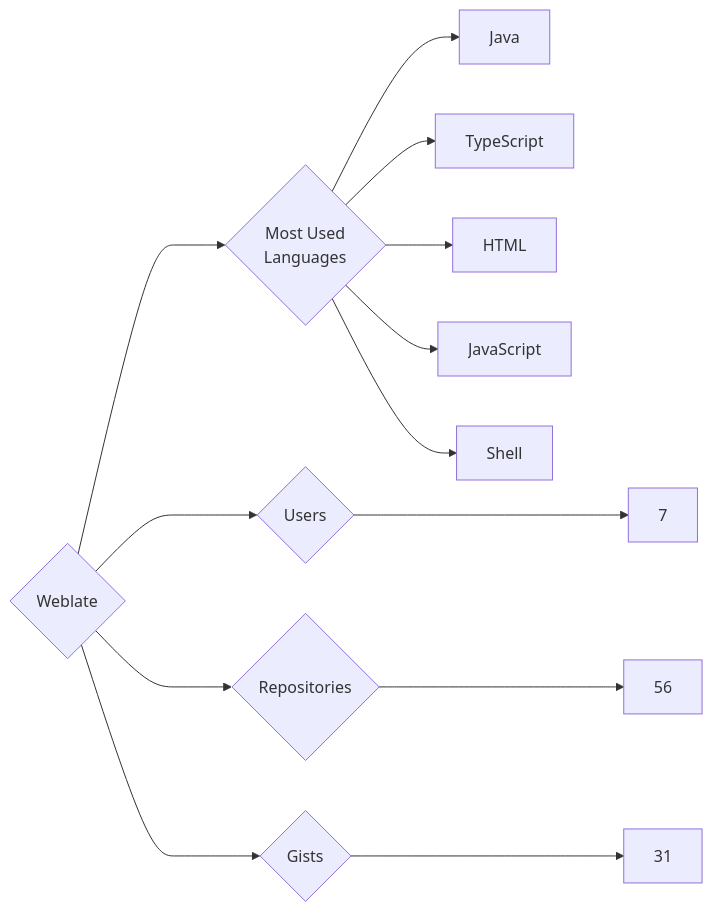
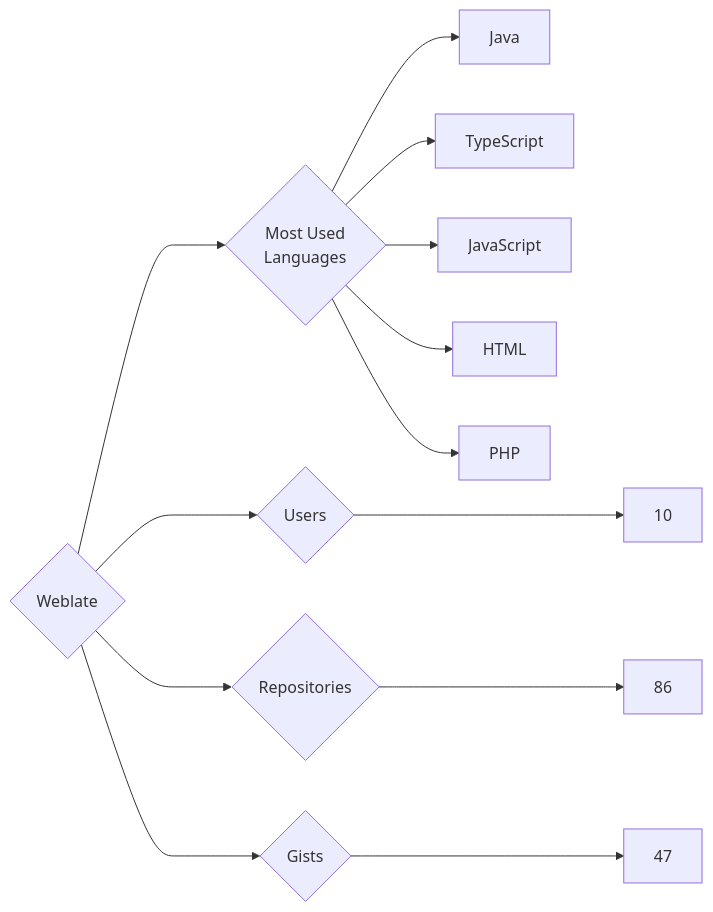
One commit to trickest/insiders changed the diagram in targets/Weblate/README.md. Above: the diagram before and after it, drawn with Mermaid. The commit also changed 1508 other files, not shown here.

````diff
--- a/targets/Weblate/README.md
+++ b/targets/Weblate/README.md
@@ -3,13 +3,13 @@
 ```mermaid
 graph LR
 COMPANY_NAME{Weblate}
-COMPANY_NAME ---> U{Users} ---> UN[7]
-COMPANY_NAME ---> R{Repositories} ---> RN[56]
-COMPANY_NAME ---> G{Gists} ---> GN[31]
+COMPANY_NAME ---> U{Users} ---> UN[10]
+COMPANY_NAME ---> R{Repositories} ---> RN[86]
+COMPANY_NAME ---> G{Gists} ---> GN[47]
 COMPANY_NAME ---> ML{Most Used<br>Languages}
 ML --> Java[Java]
 ML --> TypeScript[TypeScript]
+ML --> JavaScript[JavaScript]
 ML --> HTML[HTML]
-ML --> JavaScript[JavaScript]
-ML --> Shell[Shell]
+ML --> PHP[PHP]
 ```
````
